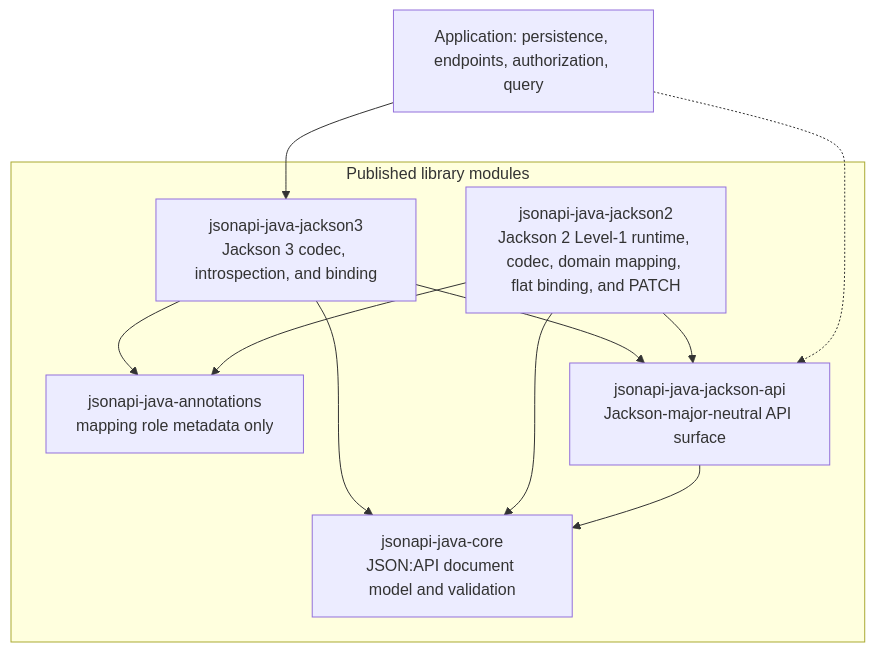
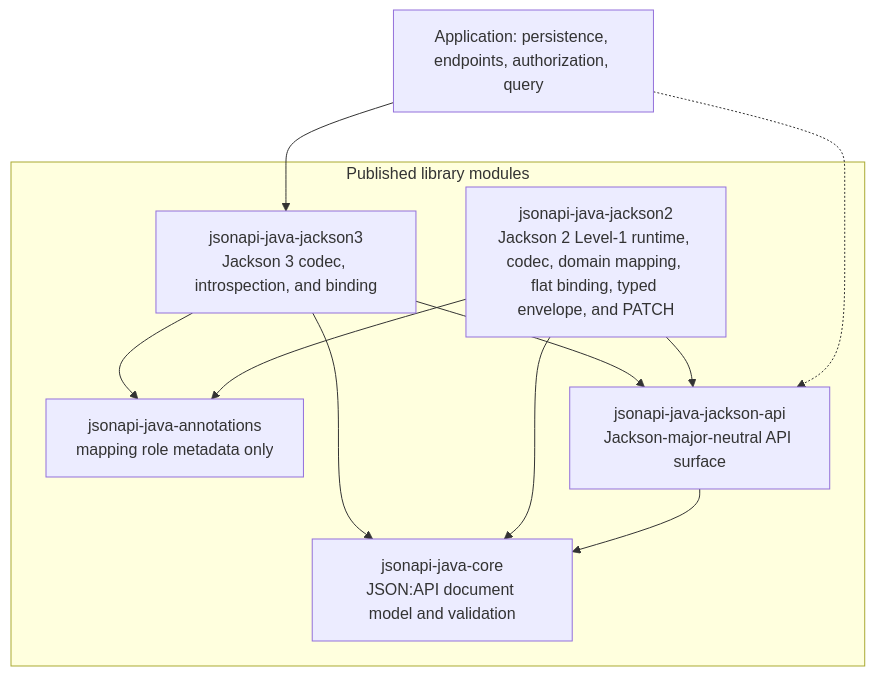
The first of 6 diagrams in docs/architecture.md (kazforge/jsonapi-java), drawn with Mermaid before and after one commit. The commit also changed other lines of this file and 12 other files, not shown here.

Commit message:
feat(jackson2): add typed domain envelope reader

````diff
--- a/docs/architecture.md
+++ b/docs/architecture.md
@@ -28,22 +28,22 @@
 ```mermaid
 flowchart TB
   subgraph published["Published library modules"]
     CORE["jsonapi-java-core<br/>JSON:API document model and validation"]
     ANN["jsonapi-java-annotations<br/>mapping role metadata only"]
     COMMON["jsonapi-java-jackson-api<br/>Jackson-major-neutral API surface"]
     J3["jsonapi-java-jackson3<br/>Jackson 3 codec, introspection, and binding"]
-    J2["jsonapi-java-jackson2<br/>Jackson 2 Level-1 runtime, codec, domain mapping, flat binding, and PATCH"]
+    J2["jsonapi-java-jackson2<br/>Jackson 2 Level-1 runtime, codec, domain mapping, flat binding, typed envelope, and PATCH"]
   end
 
   APP["Application: persistence, endpoints, authorization, query"]
 
   J3 --> COMMON
   J3 --> CORE
   J3 --> ANN
   J2 --> COMMON
   J2 --> CORE
   J2 --> ANN
   COMMON --> CORE
   APP --> J3
   APP -.-> COMMON
 ```
````
